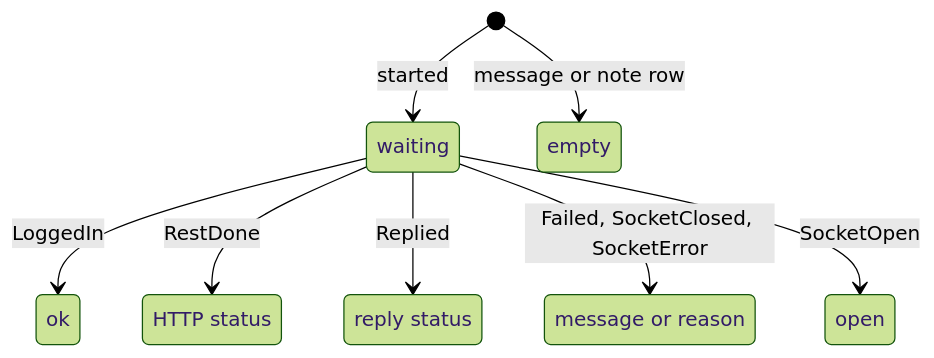
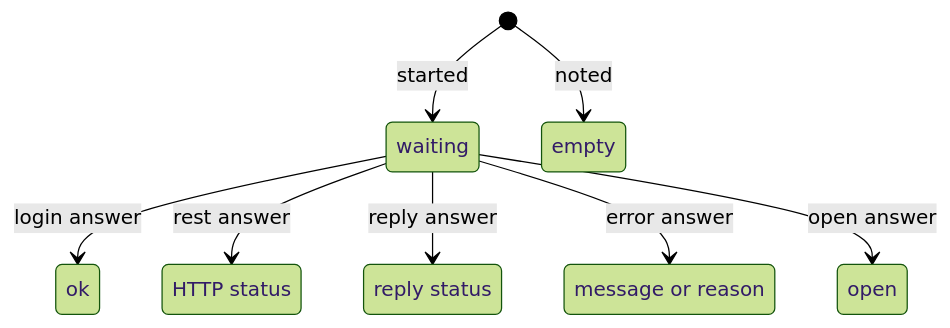
Diagram 19 of 21 in docs/LIFECYCLE-networking.md (balaurengine/balaur), drawn with Mermaid (forest theme) before and after one commit. The commit also changed other lines of this file and 120 other files, not shown here.

````diff
--- a/docs/LIFECYCLE-networking.md
+++ b/docs/LIFECYCLE-networking.md
@@ -1167,17 +1167,17 @@
 ```mermaid
 stateDiagram-v2
     state "ok" as RowOk
     state "HTTP status" as RowStatus
     state "reply status" as RowReply
     state "message or reason" as RowText
     state "open" as RowOpen
     state "waiting" as RowWaiting
     state "empty" as RowEmpty
     [*] --> RowWaiting: started
-    [*] --> RowEmpty: message or note row
-    RowWaiting --> RowOk: LoggedIn
-    RowWaiting --> RowStatus: RestDone
-    RowWaiting --> RowReply: Replied
-    RowWaiting --> RowText: Failed, SocketClosed, SocketError
-    RowWaiting --> RowOpen: SocketOpen
+    [*] --> RowEmpty: noted
+    RowWaiting --> RowOk: login answer
+    RowWaiting --> RowStatus: rest answer
+    RowWaiting --> RowReply: reply answer
+    RowWaiting --> RowText: error answer
+    RowWaiting --> RowOpen: open answer
 ```
````
